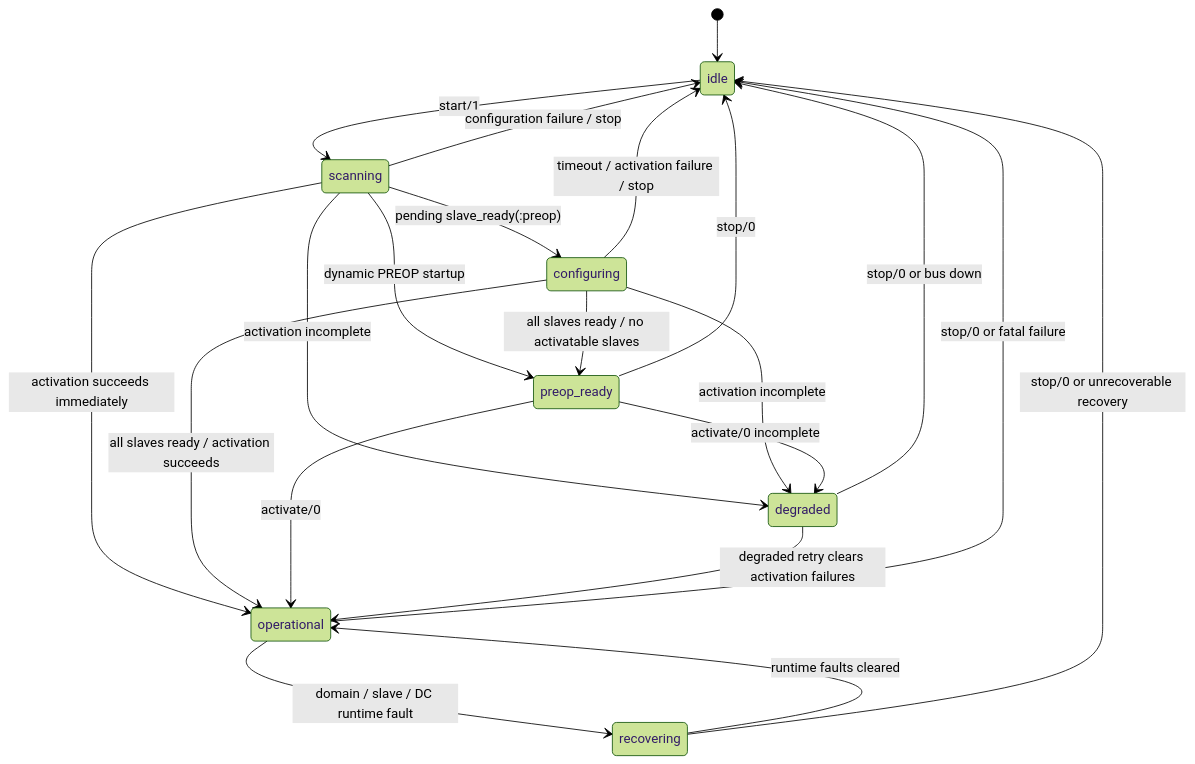
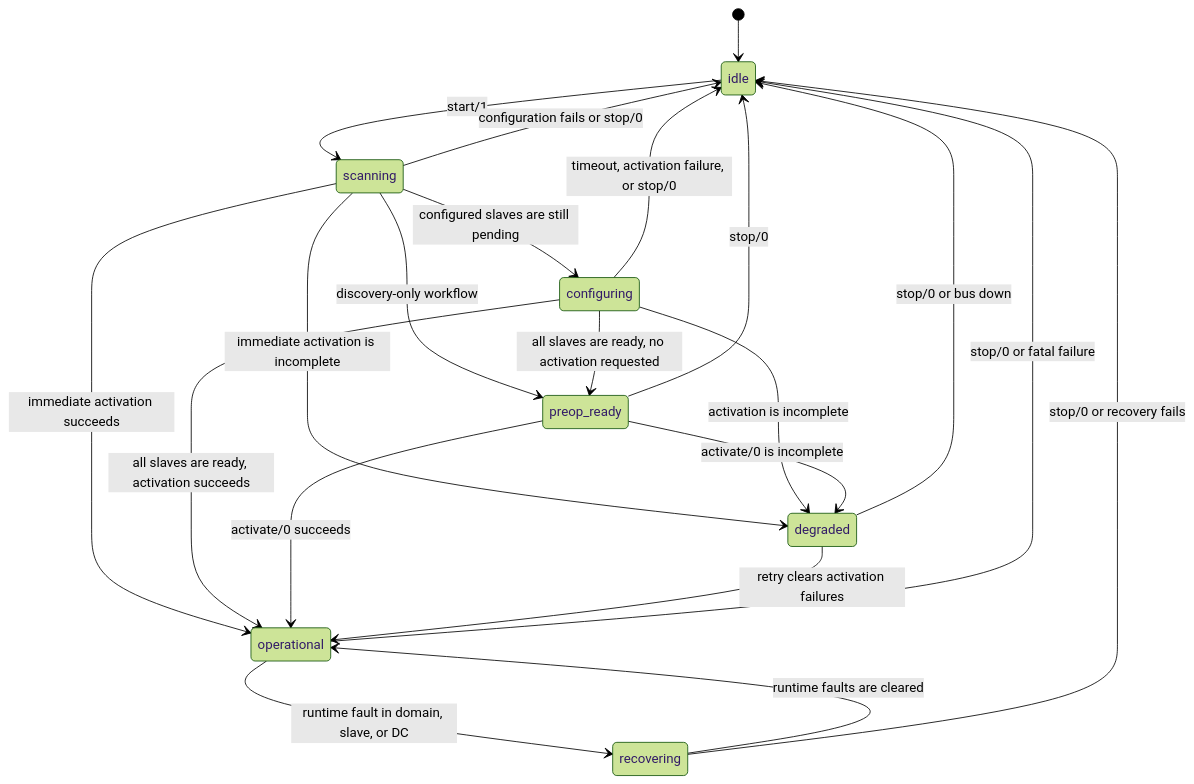
The first of 7 diagrams in README.md (sid2baker/ethercat), drawn with Mermaid (forest theme) before and after one commit. The commit also changed other lines of this file and 2 other files, not shown here.

First line of the commit message:
docs: improve Mermaid lifecycle diagrams

````diff
--- a/README.md
+++ b/README.md
@@ -141,23 +141,23 @@
 ```mermaid
 stateDiagram-v2
     [*] --> idle
     idle --> scanning: start/1
-    scanning --> configuring: pending slave_ready(:preop)
-    scanning --> preop_ready: dynamic PREOP startup
-    scanning --> operational: activation succeeds immediately
-    scanning --> degraded: activation incomplete
-    scanning --> idle: configuration failure / stop
-    configuring --> preop_ready: all slaves ready / no activatable slaves
-    configuring --> operational: all slaves ready / activation succeeds
-    configuring --> degraded: activation incomplete
-    configuring --> idle: timeout / activation failure / stop
-    preop_ready --> operational: activate/0
-    preop_ready --> degraded: activate/0 incomplete
+    scanning --> configuring: configured slaves are still pending
+    scanning --> preop_ready: discovery-only workflow
+    scanning --> operational: immediate activation succeeds
+    scanning --> degraded: immediate activation is incomplete
+    scanning --> idle: configuration fails or stop/0
+    configuring --> preop_ready: all slaves are ready, no activation requested
+    configuring --> operational: all slaves are ready, activation succeeds
+    configuring --> degraded: activation is incomplete
+    configuring --> idle: timeout, activation failure, or stop/0
+    preop_ready --> operational: activate/0 succeeds
+    preop_ready --> degraded: activate/0 is incomplete
     preop_ready --> idle: stop/0
-    degraded --> operational: degraded retry clears activation failures
+    degraded --> operational: retry clears activation failures
     degraded --> idle: stop/0 or bus down
-    operational --> recovering: domain / slave / DC runtime fault
+    operational --> recovering: runtime fault in domain, slave, or DC
     operational --> idle: stop/0 or fatal failure
-    recovering --> operational: runtime faults cleared
-    recovering --> idle: stop/0 or unrecoverable recovery
+    recovering --> operational: runtime faults are cleared
+    recovering --> idle: stop/0 or recovery fails
 ```
````
